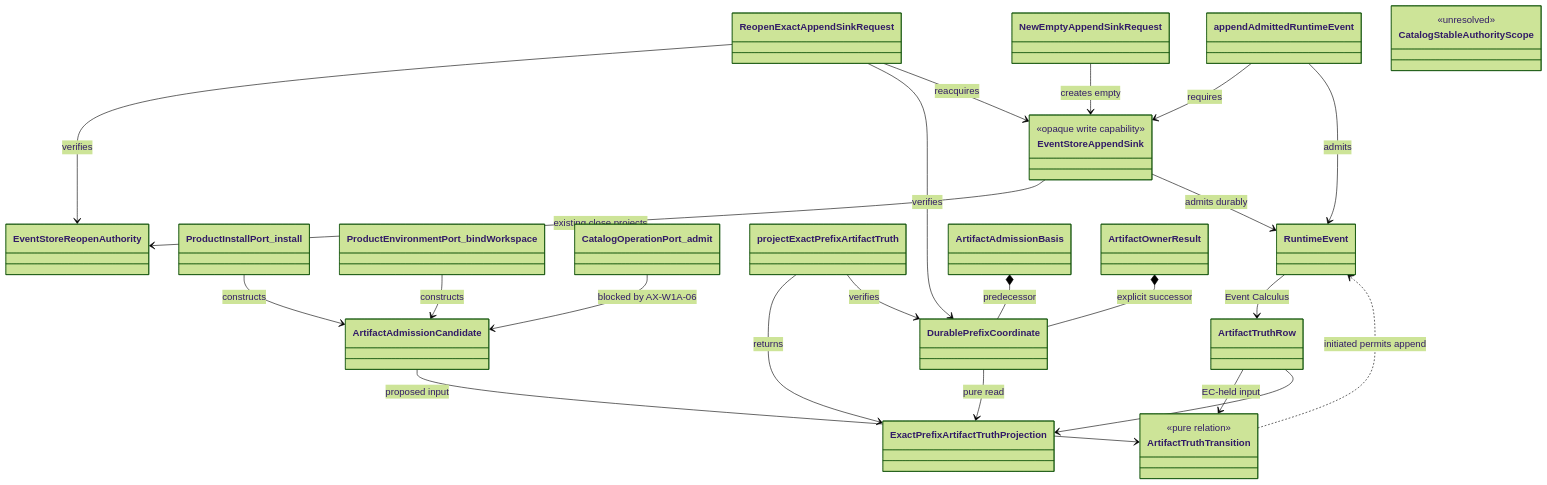
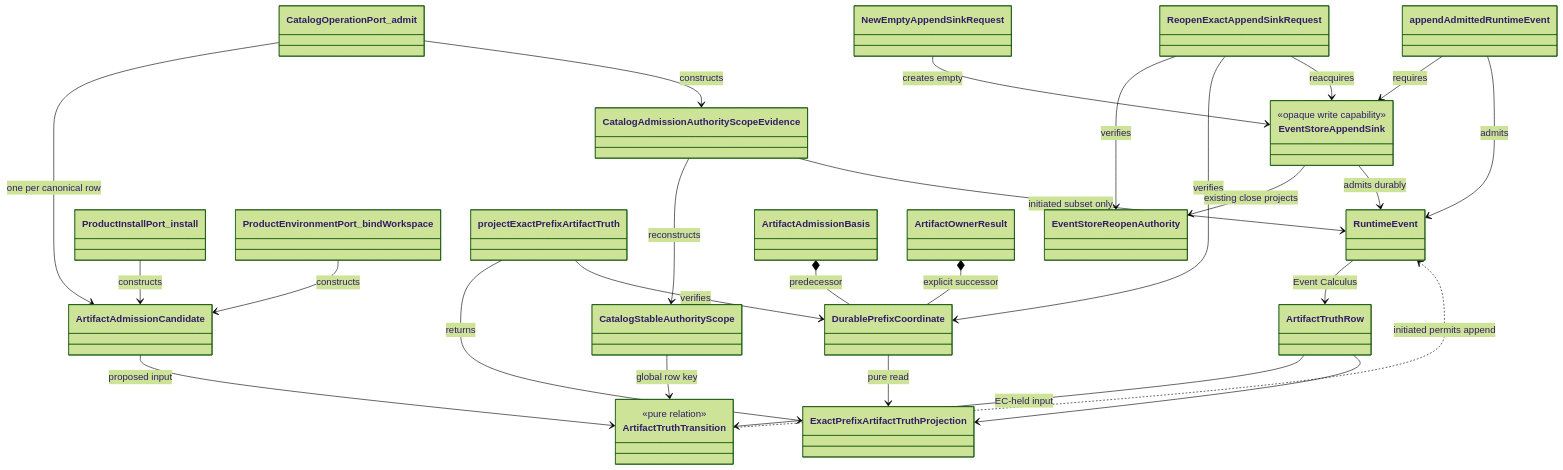
One commit to foolishimp/abiogenesis changed the first of 4 diagrams in build_tenants/abiogenesis/typescript/design/M05_S06_AXIOMATIC_AUTHORITY_AND_EXACT_PUBLIC_CONSTRUCTION_DESIGN.md. Above: the diagram before and after it, drawn with Mermaid (forest theme). The commit also changed other lines of this file, not shown here.

Commit message:
design(w1): bind catalog truth to canonical rows

````diff
--- a/build_tenants/abiogenesis/typescript/design/M05_S06_AXIOMATIC_AUTHORITY_AND_EXACT_PUBLIC_CONSTRUCTION_DESIGN.md
+++ b/build_tenants/abiogenesis/typescript/design/M05_S06_AXIOMATIC_AUTHORITY_AND_EXACT_PUBLIC_CONSTRUCTION_DESIGN.md
@@ -264,49 +266,52 @@
 ```mermaid
 classDiagram
   class DurablePrefixCoordinate
   class EventStoreReopenAuthority
   class EventStoreAppendSink {
     <<opaque write capability>>
   }
   class NewEmptyAppendSinkRequest
   class ReopenExactAppendSinkRequest
   class ProductInstallPort_install
   class ProductEnvironmentPort_bindWorkspace
   class CatalogOperationPort_admit
   class projectExactPrefixArtifactTruth
   class appendAdmittedRuntimeEvent
   class ArtifactAdmissionCandidate
   class ArtifactTruthTransition {
     <<pure relation>>
   }
   class RuntimeEvent
   class ArtifactTruthRow
   class ExactPrefixArtifactTruthProjection
   class ArtifactAdmissionBasis
   class ArtifactOwnerResult
-  class CatalogStableAuthorityScope {
-    <<unresolved>>
-  }
+  class CatalogStableAuthorityScope
+  class CatalogAdmissionAuthorityScopeEvidence
 
   NewEmptyAppendSinkRequest --> EventStoreAppendSink : creates empty
   ReopenExactAppendSinkRequest --> EventStoreReopenAuthority : verifies
   ReopenExactAppendSinkRequest --> DurablePrefixCoordinate : verifies
   ReopenExactAppendSinkRequest --> EventStoreAppendSink : reacquires
   EventStoreAppendSink --> EventStoreReopenAuthority : existing close projects
   ArtifactAdmissionBasis *-- DurablePrefixCoordinate : predecessor
   ProductInstallPort_install --> ArtifactAdmissionCandidate : constructs
   ProductEnvironmentPort_bindWorkspace --> ArtifactAdmissionCandidate : constructs
-  CatalogOperationPort_admit --> ArtifactAdmissionCandidate : blocked by AX-W1A-06
+  CatalogOperationPort_admit --> ArtifactAdmissionCandidate : one per canonical row
+  CatalogOperationPort_admit --> CatalogAdmissionAuthorityScopeEvidence : constructs
+  CatalogAdmissionAuthorityScopeEvidence --> CatalogStableAuthorityScope : reconstructs
+  CatalogAdmissionAuthorityScopeEvidence --> RuntimeEvent : initiated subset only
+  CatalogStableAuthorityScope --> ArtifactTruthTransition : global row key
   projectExactPrefixArtifactTruth --> ExactPrefixArtifactTruthProjection : returns
   projectExactPrefixArtifactTruth --> DurablePrefixCoordinate : verifies
   appendAdmittedRuntimeEvent --> EventStoreAppendSink : requires
   appendAdmittedRuntimeEvent --> RuntimeEvent : admits
   ArtifactAdmissionCandidate --> ArtifactTruthTransition : proposed input
   ArtifactTruthRow --> ArtifactTruthTransition : EC-held input
   ArtifactTruthTransition ..> RuntimeEvent : initiated permits append
   EventStoreAppendSink --> RuntimeEvent : admits durably
   RuntimeEvent --> ArtifactTruthRow : Event Calculus
   DurablePrefixCoordinate --> ExactPrefixArtifactTruthProjection : pure read
   ArtifactTruthRow --> ExactPrefixArtifactTruthProjection
   ArtifactOwnerResult *-- DurablePrefixCoordinate : explicit successor
 ```
````
